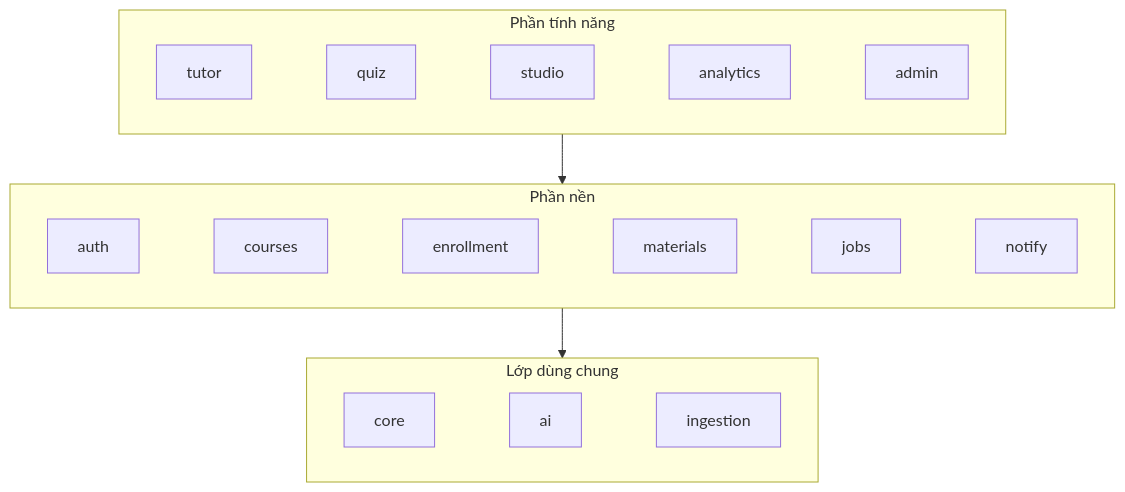
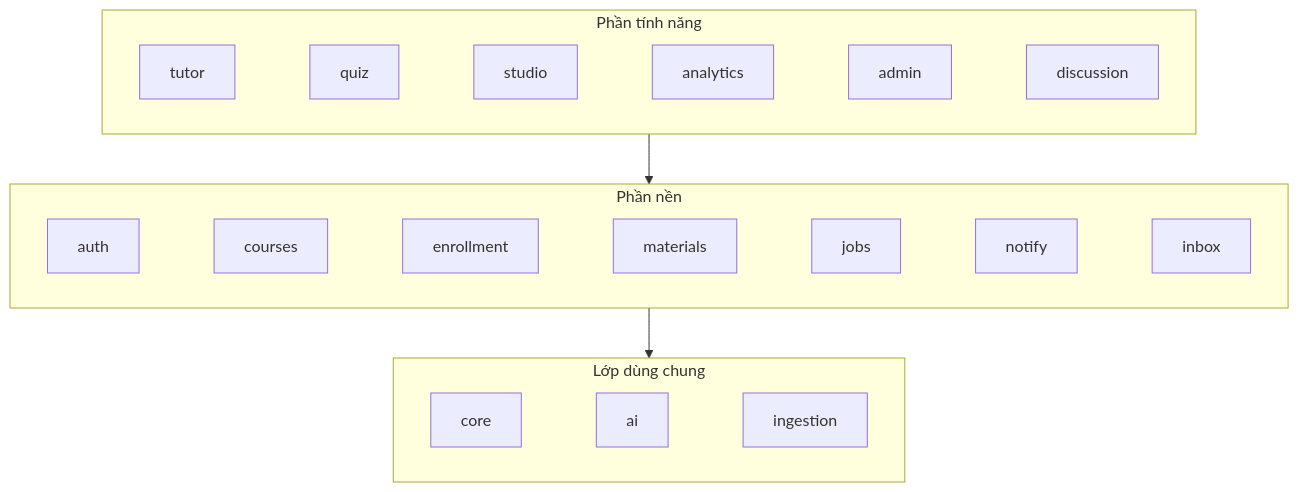
One commit to nthc51/lms-ai changed the diagram in docs/architecture/modules.md. Above: the diagram before and after it, drawn with Mermaid. The commit also changed other lines of this file and 2 other files, not shown here.

First line of the commit message:
docs: cập nhật tiến độ thật (22/41), D1 D3 xong, bản đồ module thêm inbox và discussion

````diff
--- a/docs/architecture/modules.md
+++ b/docs/architecture/modules.md
@@ -40,13 +42,13 @@
 ```mermaid
 flowchart TB
     subgraph F[Phần tính năng]
-        TUT[tutor] ~~~ QZ[quiz] ~~~ STU[studio] ~~~ ANA[analytics] ~~~ ADM[admin]
+        TUT[tutor] ~~~ QZ[quiz] ~~~ STU[studio] ~~~ ANA[analytics] ~~~ ADM[admin] ~~~ DIS[discussion]
     end
     subgraph B[Phần nền]
-        AUTH[auth] ~~~ CRS[courses] ~~~ ENR[enrollment] ~~~ MAT[materials] ~~~ JOB[jobs] ~~~ NTF[notify]
+        AUTH[auth] ~~~ CRS[courses] ~~~ ENR[enrollment] ~~~ MAT[materials] ~~~ JOB[jobs] ~~~ NTF[notify] ~~~ INB[inbox]
     end
     subgraph L[Lớp dùng chung]
         CORE[core] ~~~ AI[ai] ~~~ ING[ingestion]
     end
     F --> B --> L
 ```
````
